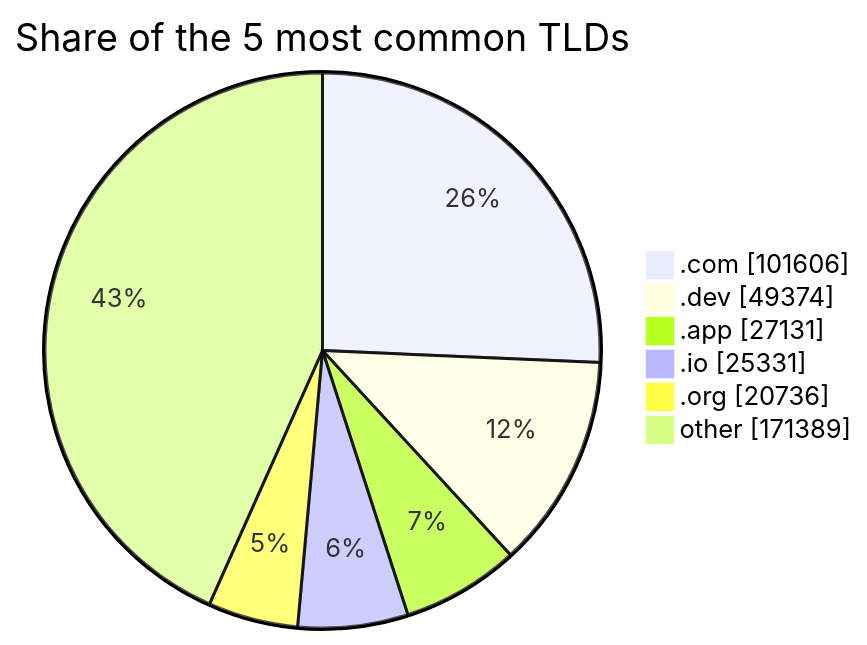
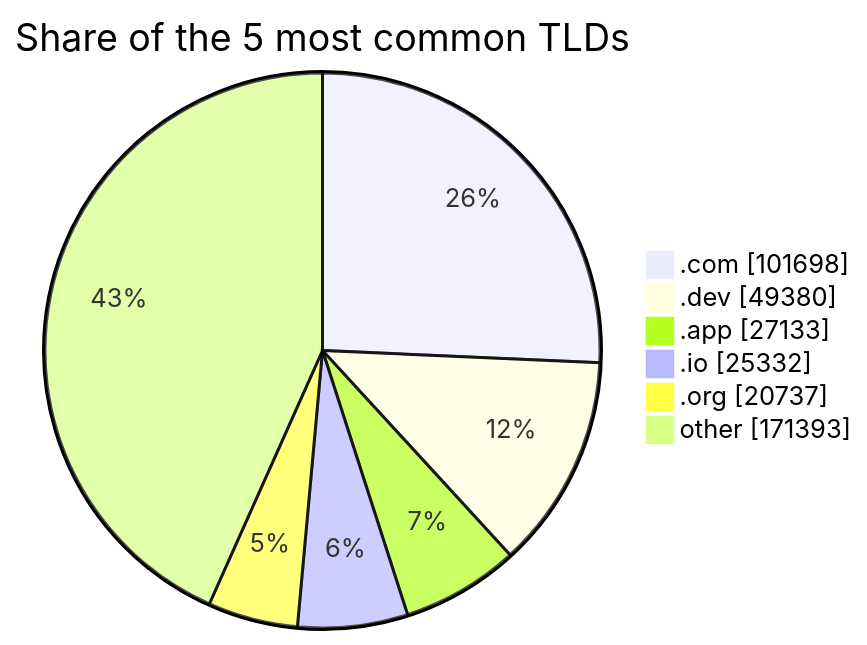
Before and after one commit to DNSBunker/CTI: the third of 3 diagrams in README.md, drawn with Mermaid. The commit also changed other lines of this file and 3 other files, not shown here.

````diff
--- a/README.md
+++ b/README.md
@@ -81,9 +81,9 @@
 ```mermaid
 pie showData title Share of the 5 most common TLDs
-    ".com" : 101606
-    ".dev" : 49374
-    ".app" : 27131
-    ".io" : 25331
-    ".org" : 20736
-    "other" : 171389
+    ".com" : 101698
+    ".dev" : 49380
+    ".app" : 27133
+    ".io" : 25332
+    ".org" : 20737
+    "other" : 171393
 ```
````
